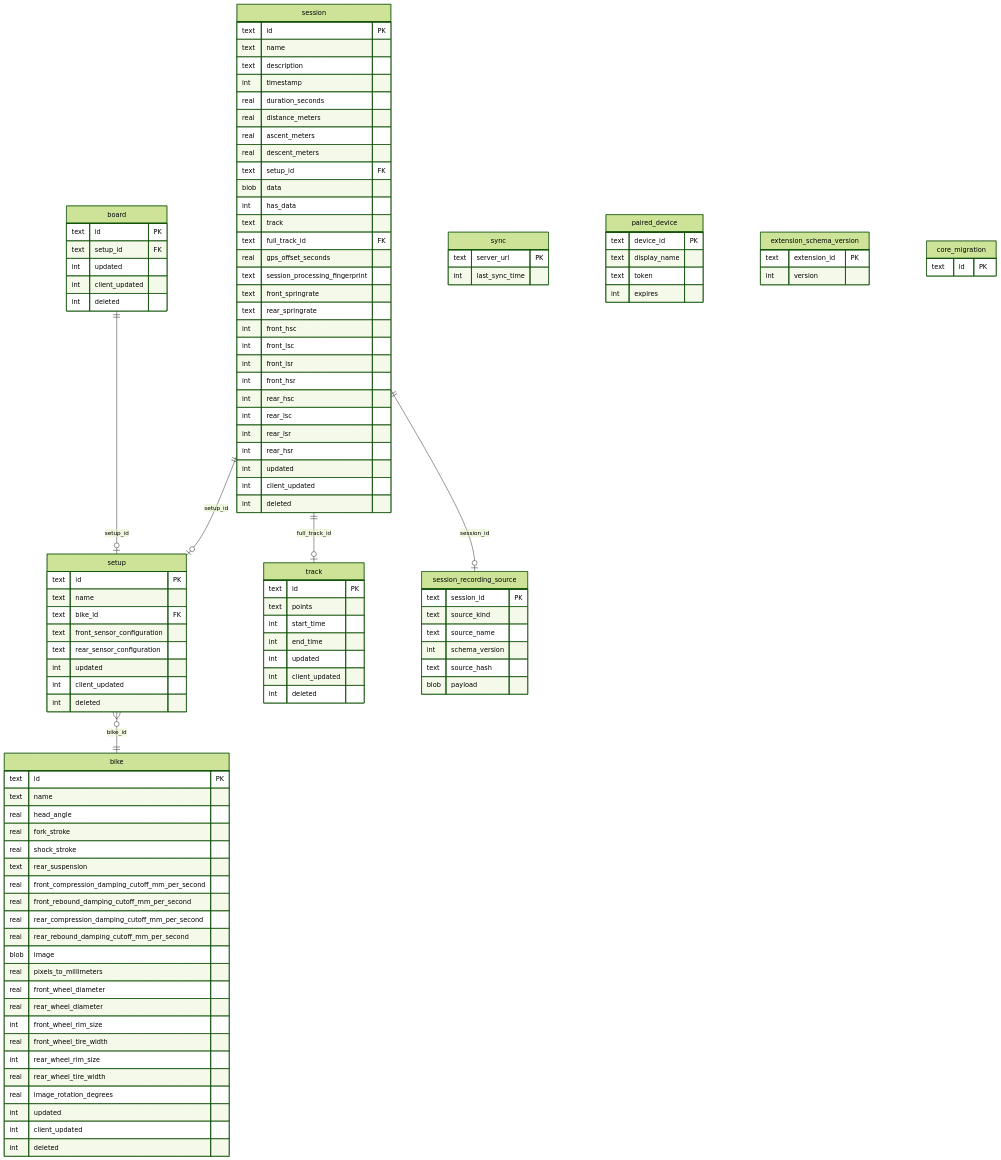
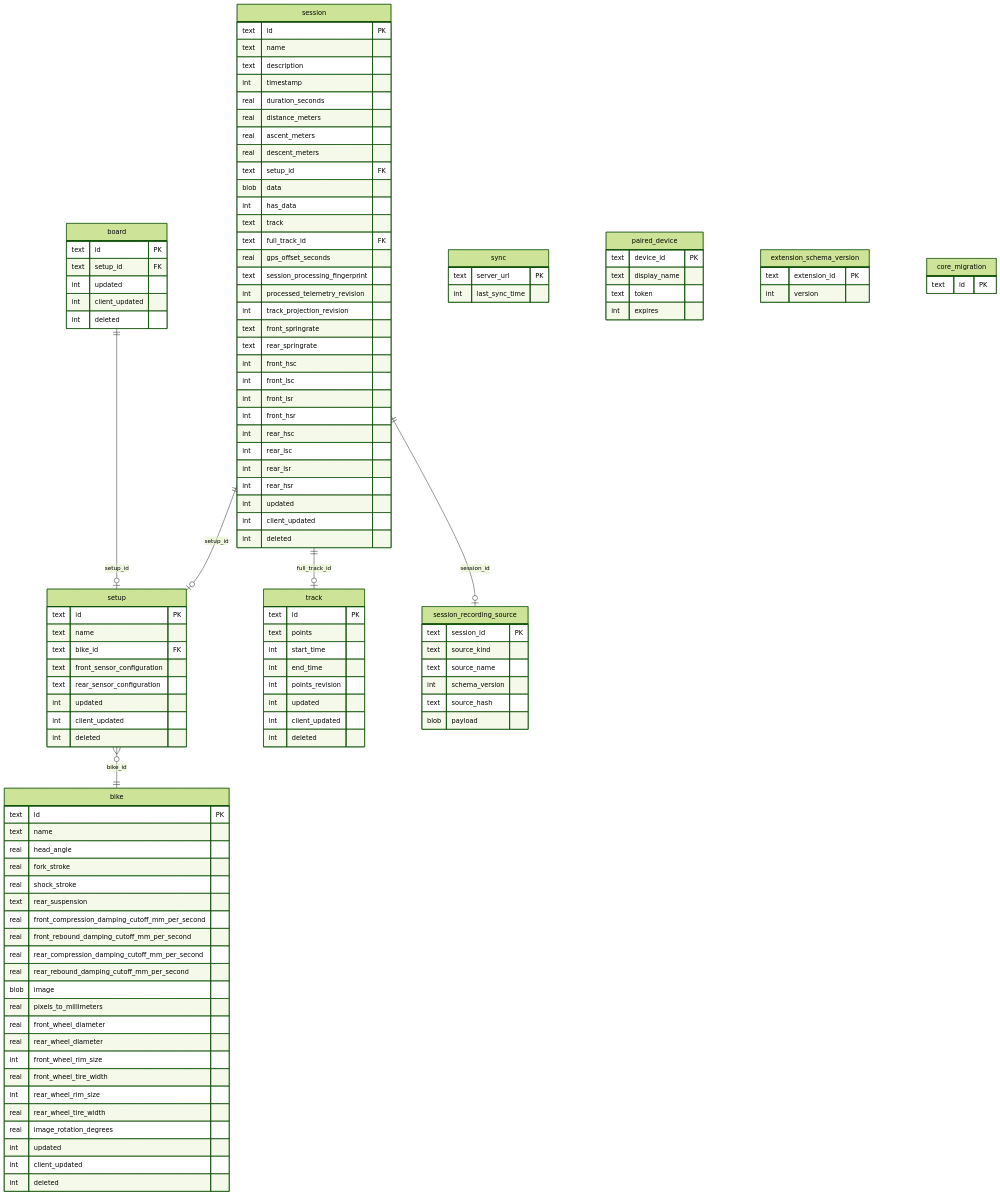
Before and after one commit to MoridinBG/Sufni.app: the diagram in docs/architecture/persistence.md, drawn with Mermaid (forest theme). The commit also changed other lines of this file and 49 other files, not shown here.

```diff
--- a/docs/architecture/persistence.md
+++ b/docs/architecture/persistence.md
@@ -28,6 +28,8 @@
         text full_track_id FK
         real gps_offset_seconds
         text session_processing_fingerprint
+        int processed_telemetry_revision
+        int track_projection_revision
         text front_springrate
         text rear_springrate
         int front_hsc
@@ -101,6 +103,7 @@
         text points
         int start_time
         int end_time
+        int points_revision
         int updated
         int client_updated
         int deleted
```
